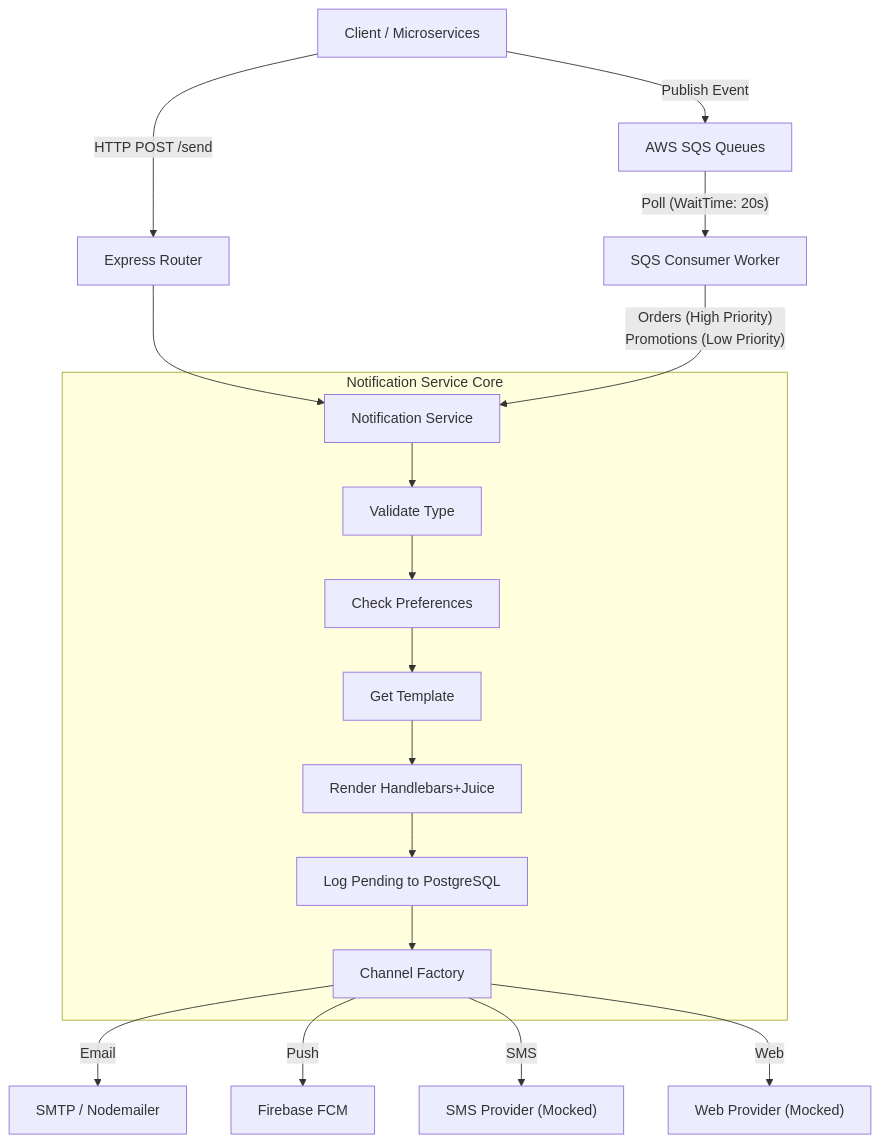
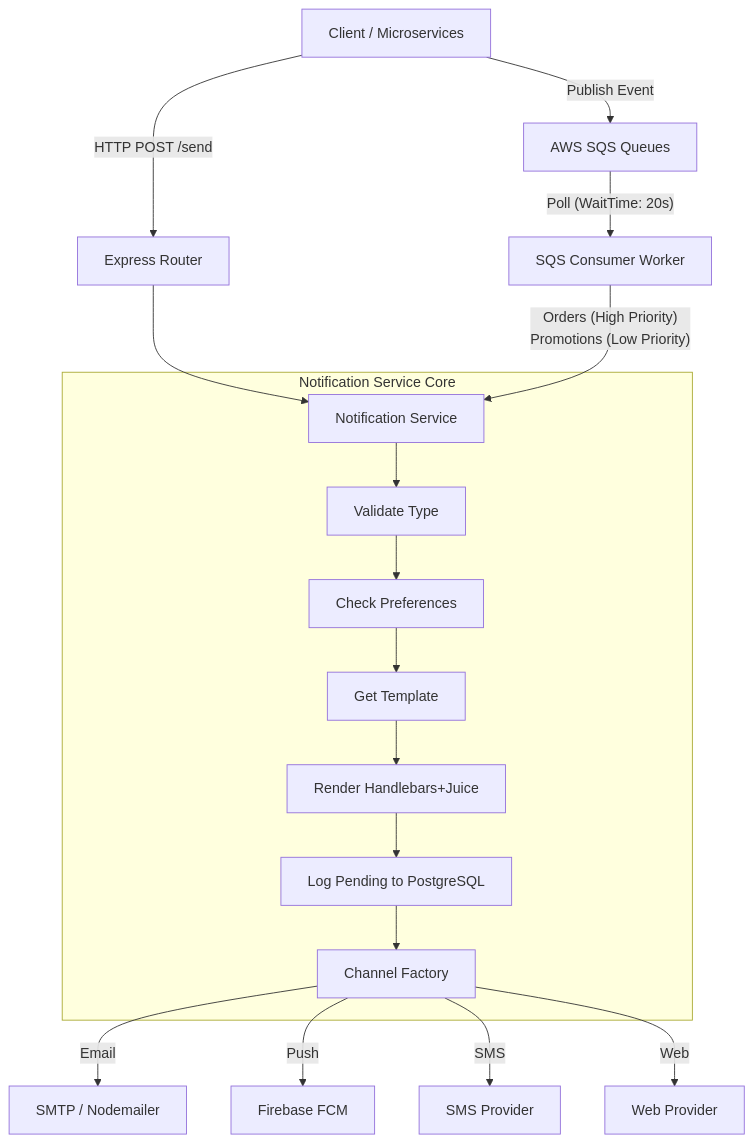
One commit to ctrixcode/system-design-work changed the diagram in dealamaze-notification-service.md. Above: the diagram before and after it, drawn with Mermaid. The commit also changed other lines of this file, not shown here.

````diff
--- a/dealamaze-notification-service.md
+++ b/dealamaze-notification-service.md
@@ -8,26 +8,26 @@
 ```mermaid
 flowchart TD
     Client["Client / Microservices"]
     
     Client -- "HTTP POST /send" --> Router["Express Router"]
     Client -- "Publish Event" --> SQS["AWS SQS Queues"]
     
     Router --> Service["Notification Service"]
     
     subgraph Notification Service Core
         Service --> Val["Validate Type"]
         Val --> Pref["Check Preferences"]
         Pref --> Tpl["Get Template"]
         Tpl --> Render["Render Handlebars+Juice"]
         Render --> DB["Log Pending to PostgreSQL"]
         DB --> Factory["Channel Factory"]
     end
     
     SQS -- "Poll (WaitTime: 20s)" --> Worker["SQS Consumer Worker"]
     Worker -- "Orders (High Priority)<br>Promotions (Low Priority)" --> Service
     
     Factory -- "Email" --> SMTP["SMTP / Nodemailer"]
     Factory -- "Push" --> FCM["Firebase FCM"]
-    Factory -- "SMS" --> SMS["SMS Provider (Mocked)"]
-    Factory -- "Web" --> Web["Web Provider (Mocked)"]
+    Factory -- "SMS" --> SMS["SMS Provider"]
+    Factory -- "Web" --> Web["Web Provider"]
 ```
````
